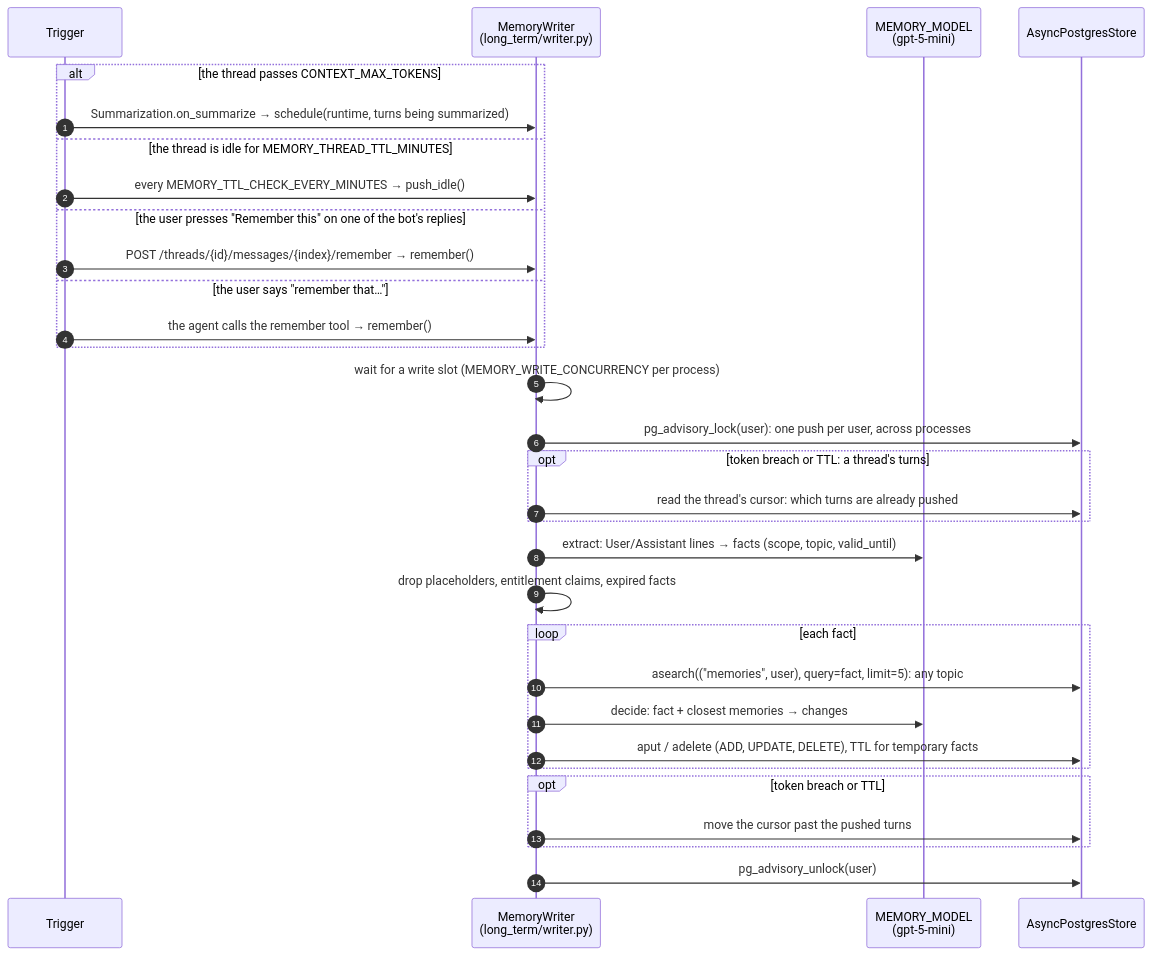
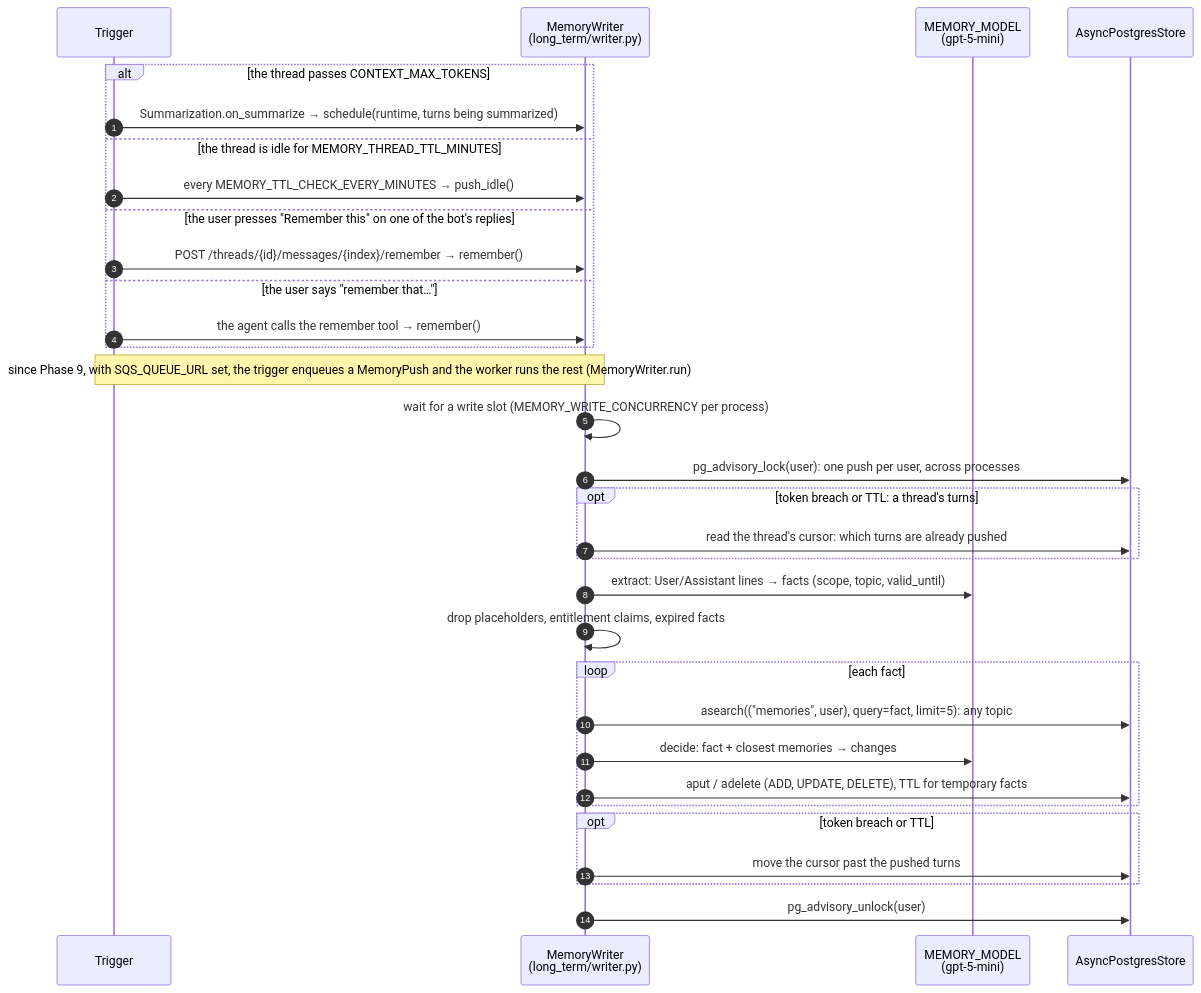
Before and after one commit to Anirudh1905/agentic-ai-chatbot: the first of 2 diagrams in docs/phase-6-long-term-memory.md, drawn with Mermaid. The commit also changed other lines of this file and 23 other files, not shown here.

````diff
--- a/docs/phase-6-long-term-memory.md
+++ b/docs/phase-6-long-term-memory.md
@@ -55,34 +55,35 @@
 ```mermaid
 sequenceDiagram
     autonumber
     participant T as Trigger
     participant W as MemoryWriter<br/>(long_term/writer.py)
     participant M as MEMORY_MODEL<br/>(gpt-5-mini)
     participant St as AsyncPostgresStore
 
     alt the thread passes CONTEXT_MAX_TOKENS
         T->>W: Summarization.on_summarize → schedule(runtime, turns being summarized)
     else the thread is idle for MEMORY_THREAD_TTL_MINUTES
         T->>W: every MEMORY_TTL_CHECK_EVERY_MINUTES → push_idle()
     else the user presses "Remember this" on one of the bot's replies
         T->>W: POST /threads/{id}/messages/{index}/remember → remember()
     else the user says "remember that…"
         T->>W: the agent calls the remember tool → remember()
     end
+    Note over T,W: since Phase 9, with SQS_QUEUE_URL set, the trigger enqueues a MemoryPush and the worker runs the rest (MemoryWriter.run)
     W->>W: wait for a write slot (MEMORY_WRITE_CONCURRENCY per process)
     W->>St: pg_advisory_lock(user): one push per user, across processes
     opt token breach or TTL: a thread's turns
         W->>St: read the thread's cursor: which turns are already pushed
     end
     W->>M: extract: User/Assistant lines → facts (scope, topic, valid_until)
     W->>W: drop placeholders, entitlement claims, expired facts
     loop each fact
         W->>St: asearch(("memories", user), query=fact, limit=5): any topic
         W->>M: decide: fact + closest memories → changes
         W->>St: aput / adelete (ADD, UPDATE, DELETE), TTL for temporary facts
     end
     opt token breach or TTL
         W->>St: move the cursor past the pushed turns
     end
     W->>St: pg_advisory_unlock(user)
 ```
````
